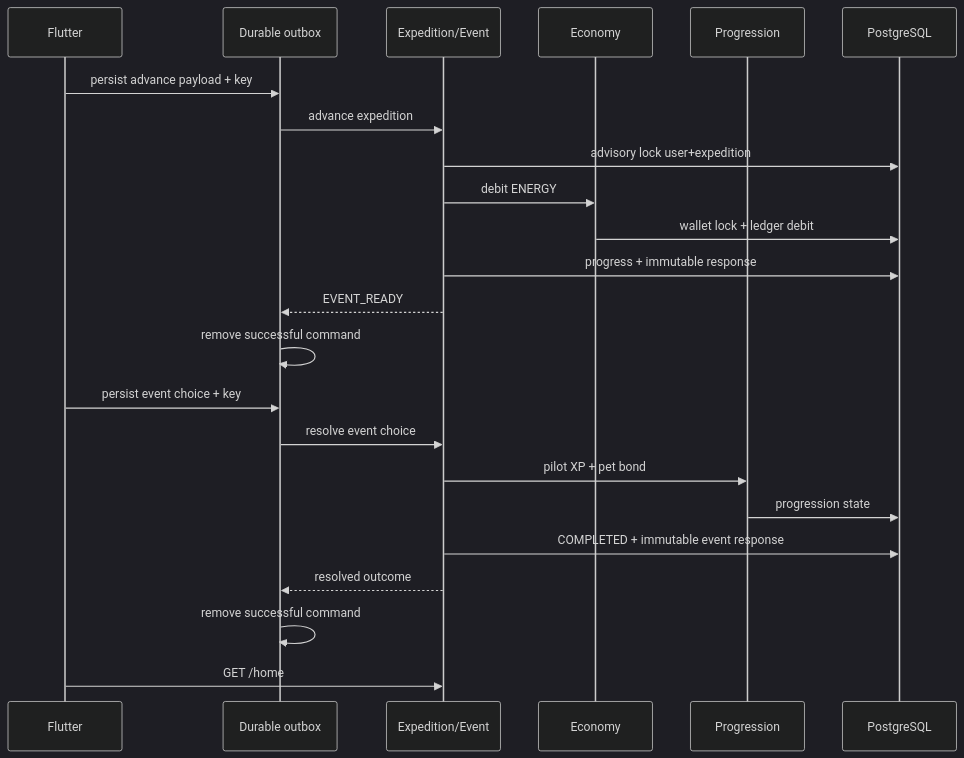
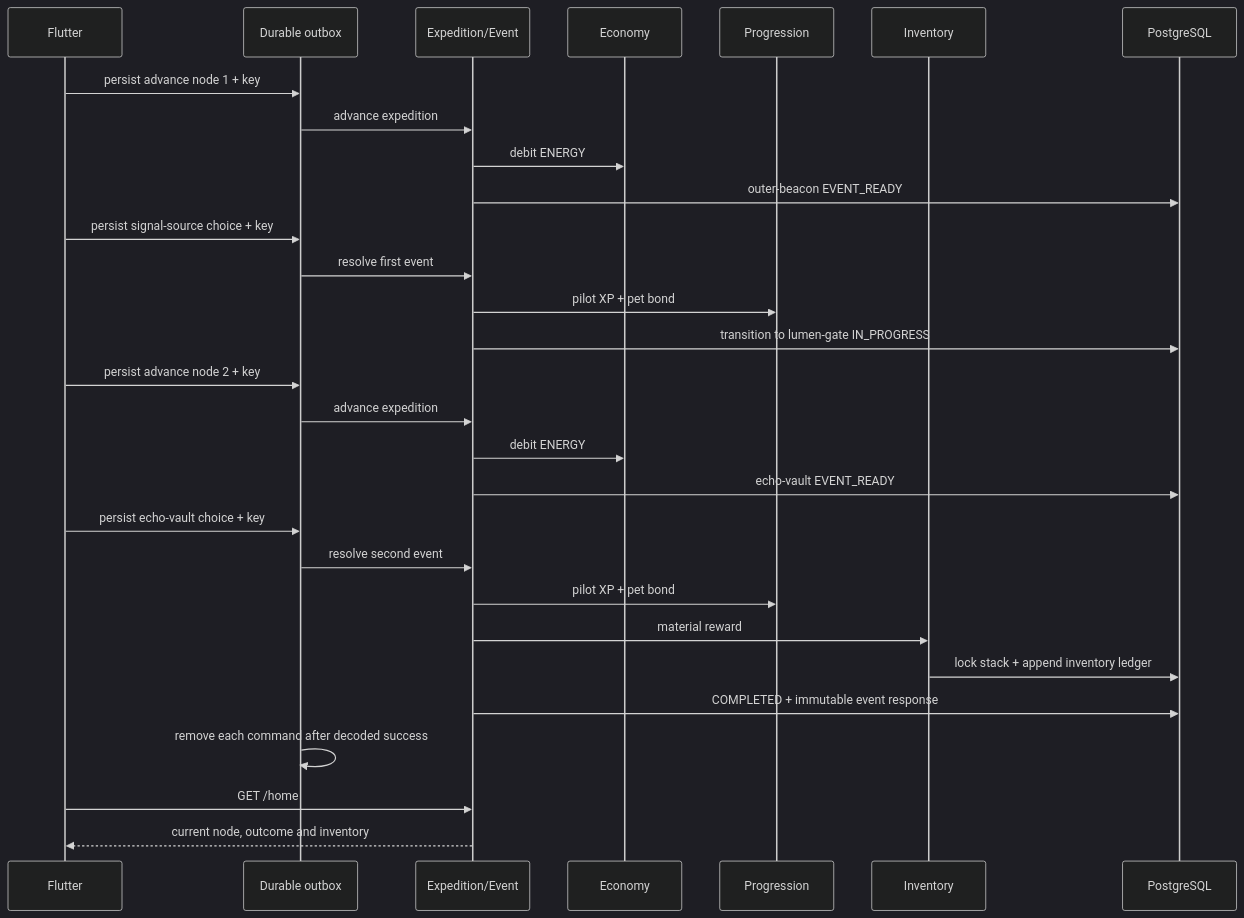
One commit to MKSEgr/walking-rpg changed the second of 2 diagrams in docs/ARCHITECTURE.md. Above: the diagram before and after it, drawn with Mermaid (dark theme). The commit also changed other lines of this file and 67 other files, not shown here.

Commit message:
feat: add second expedition node and persistent inventory

````diff
--- a/docs/ARCHITECTURE.md
+++ b/docs/ARCHITECTURE.md
@@ -84,26 +85,32 @@
 ```mermaid
 sequenceDiagram
     participant M as Flutter
     participant O as Durable outbox
     participant X as Expedition/Event
     participant E as Economy
     participant P as Progression
+    participant I as Inventory
     participant D as PostgreSQL
 
-    M->>O: persist advance payload + key
+    M->>O: persist advance node 1 + key
     O->>X: advance expedition
-    X->>D: advisory lock user+expedition
     X->>E: debit ENERGY
-    E->>D: wallet lock + ledger debit
-    X->>D: progress + immutable response
-    X-->>O: EVENT_READY
-    O->>O: remove successful command
-    M->>O: persist event choice + key
-    O->>X: resolve event choice
+    X->>D: outer-beacon EVENT_READY
+    M->>O: persist signal-source choice + key
+    O->>X: resolve first event
     X->>P: pilot XP + pet bond
-    P->>D: progression state
+    X->>D: transition to lumen-gate IN_PROGRESS
+    M->>O: persist advance node 2 + key
+    O->>X: advance expedition
+    X->>E: debit ENERGY
+    X->>D: echo-vault EVENT_READY
+    M->>O: persist echo-vault choice + key
+    O->>X: resolve second event
+    X->>P: pilot XP + pet bond
+    X->>I: material reward
+    I->>D: lock stack + append inventory ledger
     X->>D: COMPLETED + immutable event response
-    X-->>O: resolved outcome
-    O->>O: remove successful command
+    O->>O: remove each command after decoded success
     M->>X: GET /home
+    X-->>M: current node, outcome and inventory
 ```
````
